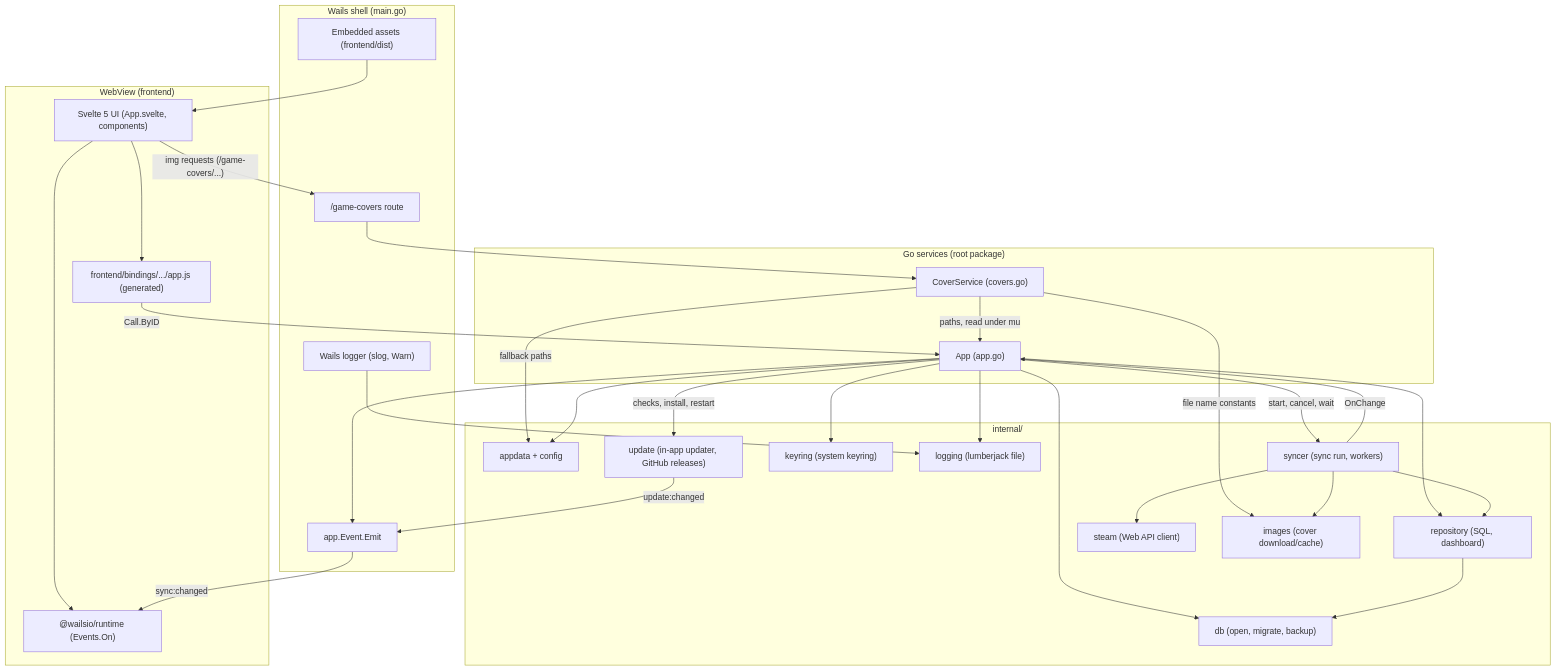
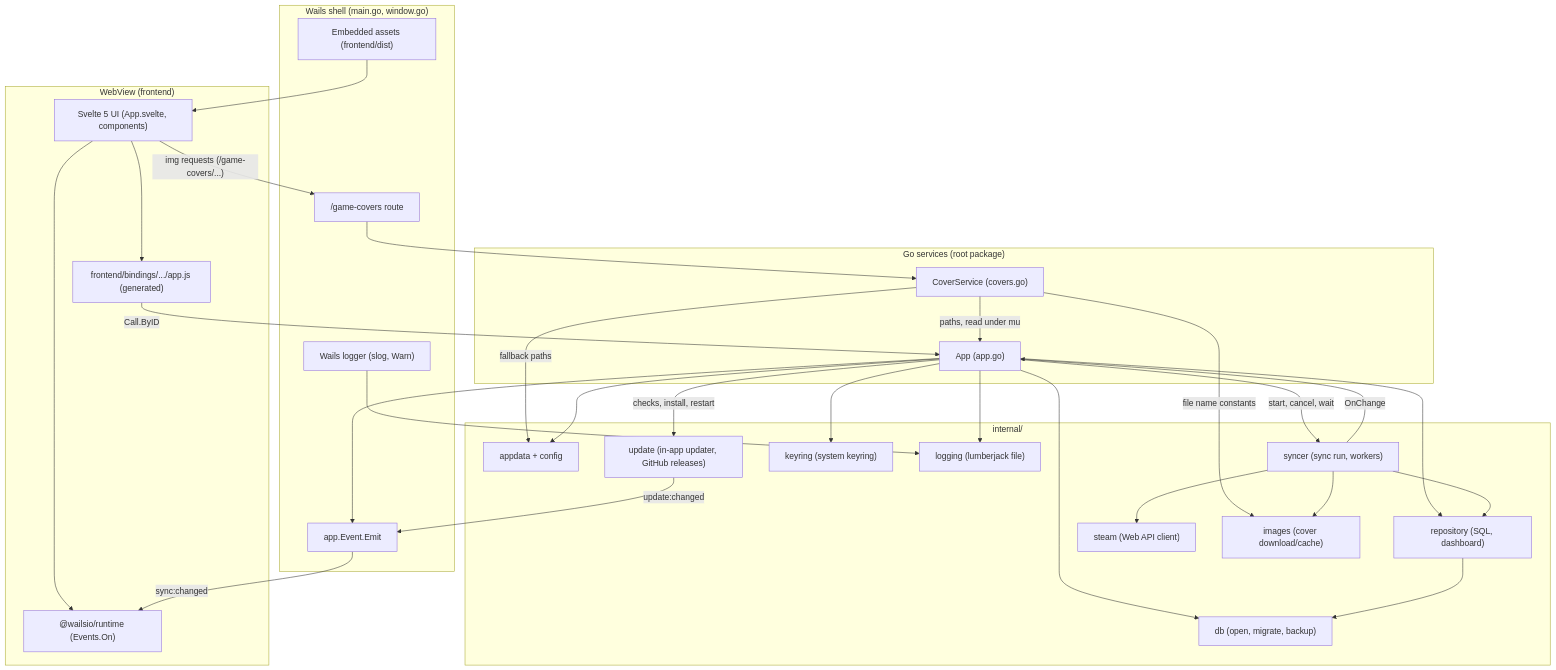
Before and after one commit to gjrud/steam-achievement-tracker: the diagram in docs/architecture.md, drawn with Mermaid. The commit also changed other lines of this file and 23 other files, not shown here.

````diff
--- a/docs/architecture.md
+++ b/docs/architecture.md
@@ -36,59 +36,59 @@
 ```mermaid
 flowchart TB
   subgraph WebView["WebView (frontend)"]
     UI["Svelte 5 UI (App.svelte, components)"]
     Bindings["frontend/bindings/.../app.js (generated)"]
     Runtime["@wailsio/runtime (Events.On)"]
   end
 
-  subgraph Shell["Wails shell (main.go)"]
+  subgraph Shell["Wails shell (main.go, window.go)"]
     Assets["Embedded assets (frontend/dist)"]
     Route["/game-covers route"]
     Bus["app.Event.Emit"]
     WailsLog["Wails logger (slog, Warn)"]
   end
 
   subgraph Services["Go services (root package)"]
     AppSvc["App (app.go)"]
     CoverSvc["CoverService (covers.go)"]
   end
 
   subgraph Internal["internal/"]
     AppData["appdata + config"]
     DB["db (open, migrate, backup)"]
     Repo["repository (SQL, dashboard)"]
     Syncer["syncer (sync run, workers)"]
     Steam["steam (Web API client)"]
     Images["images (cover download/cache)"]
     Keyring["keyring (system keyring)"]
     Logging["logging (lumberjack file)"]
     Updater["update (in-app updater, GitHub releases)"]
   end
 
   UI --> Bindings
   Bindings -->|"Call.ByID"| AppSvc
   UI --> Runtime
   Bus -->|"sync:changed"| Runtime
   AppSvc --> Bus
   Assets --> UI
   UI -->|"img requests (/game-covers/...)"| Route
   Route --> CoverSvc
   CoverSvc -->|"file name constants"| Images
   CoverSvc -->|"paths, read under mu"| AppSvc
   CoverSvc -->|"fallback paths"| AppData
 
   AppSvc --> AppData
   AppSvc --> DB
   AppSvc --> Repo
   AppSvc --> Keyring
   AppSvc --> Logging
   AppSvc -->|"checks, install, restart"| Updater
   Updater -->|"update:changed"| Bus
   AppSvc -->|"start, cancel, wait"| Syncer
   Syncer -->|"OnChange"| AppSvc
   Syncer --> Repo
   Syncer --> Steam
   Syncer --> Images
   Repo --> DB
   WailsLog --> Logging
 ```
````
